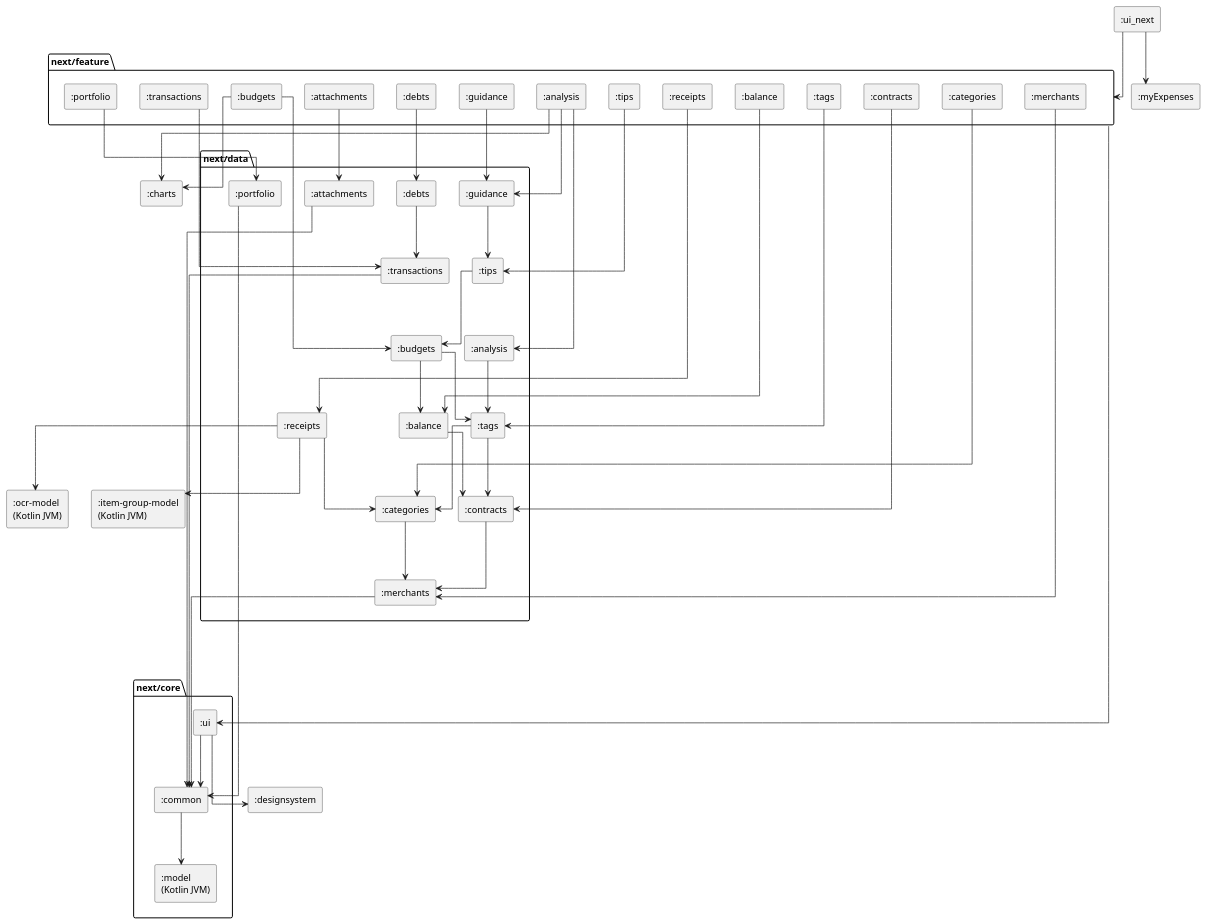
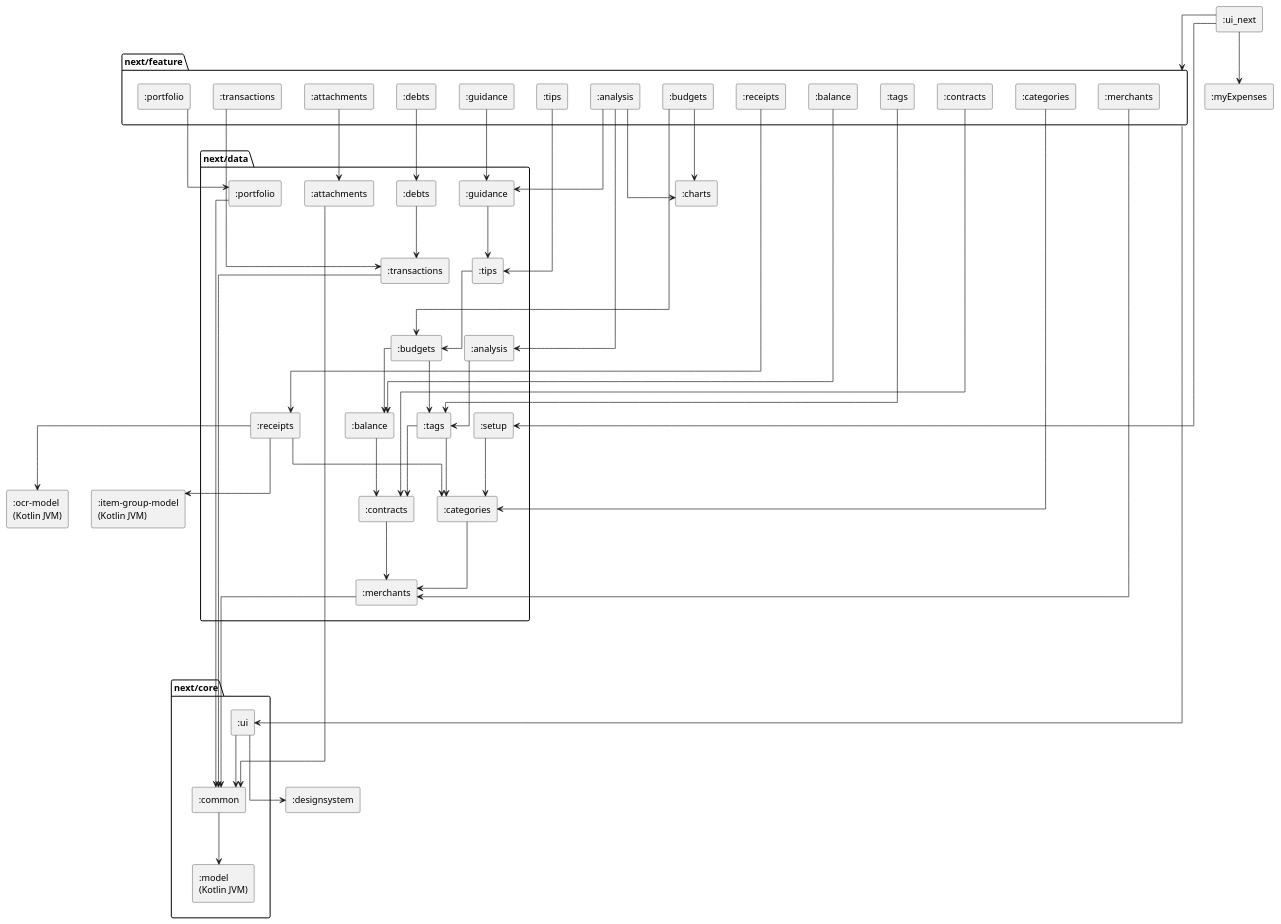
One commit to castn/MyExpenses changed the diagram in ui_next/modules.puml. Above: the diagram before and after it, drawn with PlantUML. The commit also changed 3 other files, not shown here.

First line of the commit message:
Create the setup repository in NextData

```diff
--- a/ui_next/modules.puml
+++ b/ui_next/modules.puml
@@ -1,103 +1,106 @@
 @startuml modules
 ' Generated by the task moduleGraph of build-logic (ModuleGraphPlugin), do not edit.
 ' Dependencies between the modules of the new UI, rule `mod-diagram` of ARCHITECTURE.md.
 ' An edge that follows from a longer path is left out.
 ' An edge from or to a package stands for an edge from or to every module in it.
 skinparam componentStyle rectangle
 skinparam linetype ortho
 skinparam ranksep 80
 top to bottom direction
 
 [:charts] as mCharts
 [:designsystem] as mDesignsystem
 [:item-group-model\n(Kotlin JVM)] as mItemGroupModel
 [:myExpenses] as mMyExpenses
 [:ocr-model\n(Kotlin JVM)] as mOcrModel
 [:ui_next] as mUiNext
 
 package "next/core" as pNextCore {
     [:common] as mNextCoreCommon
     [:model\n(Kotlin JVM)] as mNextCoreModel
     [:ui] as mNextCoreUi
 }
 
 package "next/data" as pNextData {
     [:analysis] as mNextDataAnalysis
     [:attachments] as mNextDataAttachments
     [:balance] as mNextDataBalance
     [:budgets] as mNextDataBudgets
     [:categories] as mNextDataCategories
     [:contracts] as mNextDataContracts
     [:debts] as mNextDataDebts
     [:guidance] as mNextDataGuidance
     [:merchants] as mNextDataMerchants
     [:portfolio] as mNextDataPortfolio
     [:receipts] as mNextDataReceipts
+    [:setup] as mNextDataSetup
     [:tags] as mNextDataTags
     [:tips] as mNextDataTips
     [:transactions] as mNextDataTransactions
 }
 
 package "next/feature" as pNextFeature {
     [:analysis] as mNextFeatureAnalysis
     [:attachments] as mNextFeatureAttachments
     [:balance] as mNextFeatureBalance
     [:budgets] as mNextFeatureBudgets
     [:categories] as mNextFeatureCategories
     [:contracts] as mNextFeatureContracts
     [:debts] as mNextFeatureDebts
     [:guidance] as mNextFeatureGuidance
     [:merchants] as mNextFeatureMerchants
     [:portfolio] as mNextFeaturePortfolio
     [:receipts] as mNextFeatureReceipts
     [:tags] as mNextFeatureTags
     [:tips] as mNextFeatureTips
     [:transactions] as mNextFeatureTransactions
 }
 
 ' Layout only
 mNextDataMerchants -[hidden]--> pNextCore
 mNextFeatureTransactions -[hidden]--> pNextData
 
 mUiNext --> pNextFeature
 pNextFeature --> mNextCoreUi
 mNextCoreCommon --> mNextCoreModel
 mNextCoreUi --> mDesignsystem
 mNextCoreUi --> mNextCoreCommon
 mNextDataAnalysis --> mNextDataTags
 mNextDataAttachments --> mNextCoreCommon
 mNextDataBalance --> mNextDataContracts
 mNextDataBudgets --> mNextDataBalance
 mNextDataBudgets --> mNextDataTags
 mNextDataCategories --> mNextDataMerchants
 mNextDataContracts --> mNextDataMerchants
 mNextDataDebts --> mNextDataTransactions
 mNextDataGuidance --> mNextDataTips
 mNextDataMerchants --> mNextCoreCommon
 mNextDataPortfolio --> mNextCoreCommon
 mNextDataReceipts --> mItemGroupModel
 mNextDataReceipts --> mNextDataCategories
 mNextDataReceipts --> mOcrModel
+mNextDataSetup --> mNextDataCategories
 mNextDataTags --> mNextDataCategories
 mNextDataTags --> mNextDataContracts
 mNextDataTips --> mNextDataBudgets
 mNextDataTransactions --> mNextCoreCommon
 mNextFeatureAnalysis --> mCharts
 mNextFeatureAnalysis --> mNextDataAnalysis
 mNextFeatureAnalysis --> mNextDataGuidance
 mNextFeatureAttachments --> mNextDataAttachments
 mNextFeatureBalance --> mNextDataBalance
 mNextFeatureBudgets --> mCharts
 mNextFeatureBudgets --> mNextDataBudgets
 mNextFeatureCategories --> mNextDataCategories
 mNextFeatureContracts --> mNextDataContracts
 mNextFeatureDebts --> mNextDataDebts
 mNextFeatureGuidance --> mNextDataGuidance
 mNextFeatureMerchants --> mNextDataMerchants
 mNextFeaturePortfolio --> mNextDataPortfolio
 mNextFeatureReceipts --> mNextDataReceipts
 mNextFeatureTags --> mNextDataTags
 mNextFeatureTips --> mNextDataTips
 mNextFeatureTransactions --> mNextDataTransactions
 mUiNext --> mMyExpenses
+mUiNext --> mNextDataSetup
 @enduml
```
